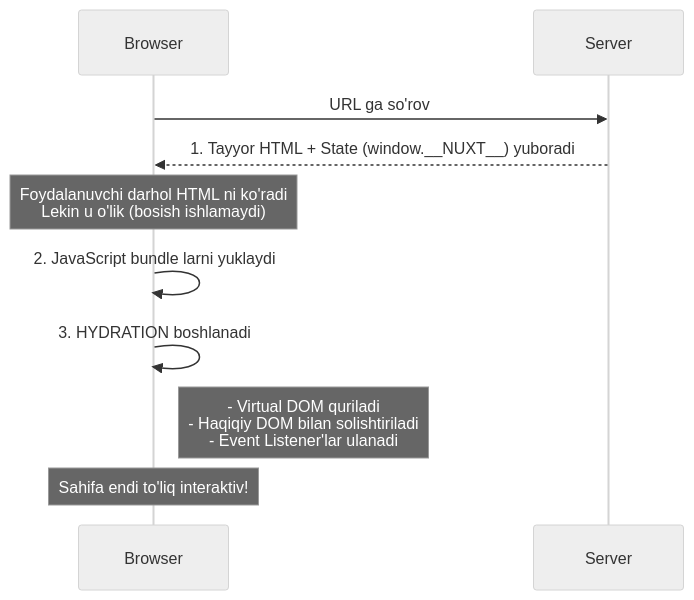
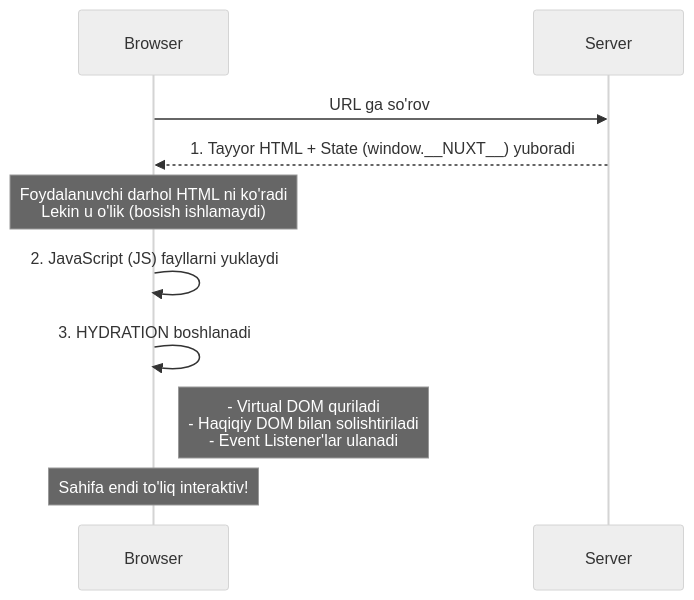
The diagram in docs/06-nuxt/02-hydration.md (nusretoglu/senior-frontend-roadmap), drawn with Mermaid (neutral theme) before and after one commit. The commit also changed other lines of this file and 143 other files, not shown here.

````diff
--- a/docs/06-nuxt/02-hydration.md
+++ b/docs/06-nuxt/02-hydration.md
@@ -22,13 +26,13 @@
 ```mermaid
 sequenceDiagram
     participant Browser
     participant Server
     
     Browser->>Server: URL ga so'rov
     Server-->>Browser: 1. Tayyor HTML + State (window.__NUXT__) yuboradi
     Note over Browser: Foydalanuvchi darhol HTML ni ko'radi<br/>Lekin u o'lik (bosish ishlamaydi)
-    Browser->>Browser: 2. JavaScript bundle larni yuklaydi
+    Browser->>Browser: 2. JavaScript (JS) fayllarni yuklaydi
     Browser->>Browser: 3. HYDRATION boshlanadi
     Note right of Browser: - Virtual DOM quriladi<br/>- Haqiqiy DOM bilan solishtiriladi<br/>- Event Listener'lar ulanadi
     Note over Browser: Sahifa endi to'liq interaktiv!
 ```
````
